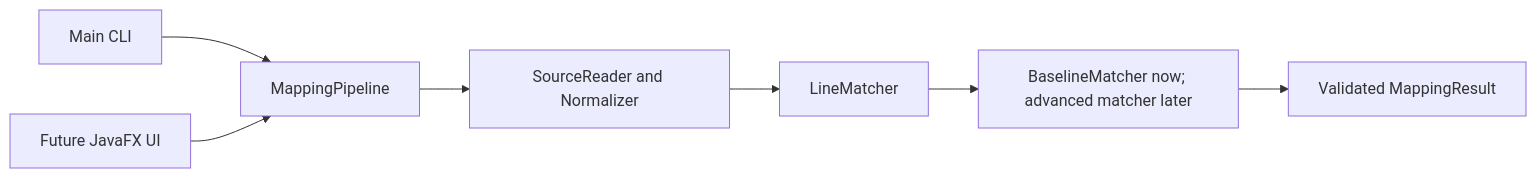
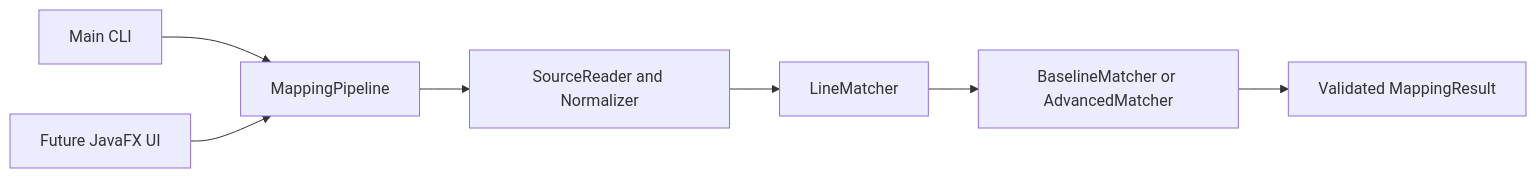
The diagram in docs/ARCHITECTURE.md (aydsman/comp3110-line-tracker), drawn with Mermaid before and after one commit. The commit also changed other lines of this file and 7 other files, not shown here.

````diff
--- a/docs/ARCHITECTURE.md
+++ b/docs/ARCHITECTURE.md
@@ -7,9 +7,9 @@
 ```mermaid
 flowchart LR
     CLI[Main CLI] --> P[MappingPipeline]
     GUI[Future JavaFX UI] --> P
     P --> R[SourceReader and Normalizer]
     R --> M[LineMatcher]
-    M --> B[BaselineMatcher now; advanced matcher later]
+    M --> B[BaselineMatcher or AdvancedMatcher]
     B --> V[Validated MappingResult]
 ```
````
